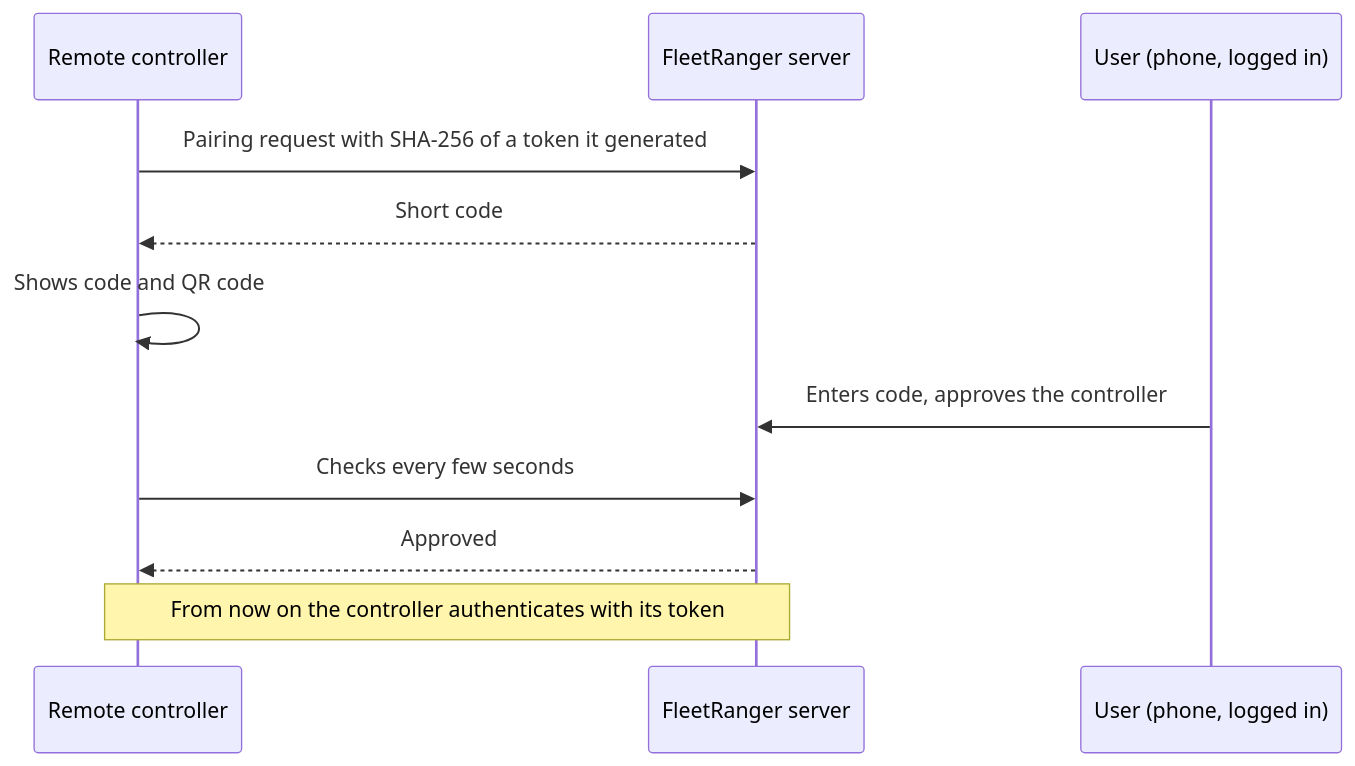
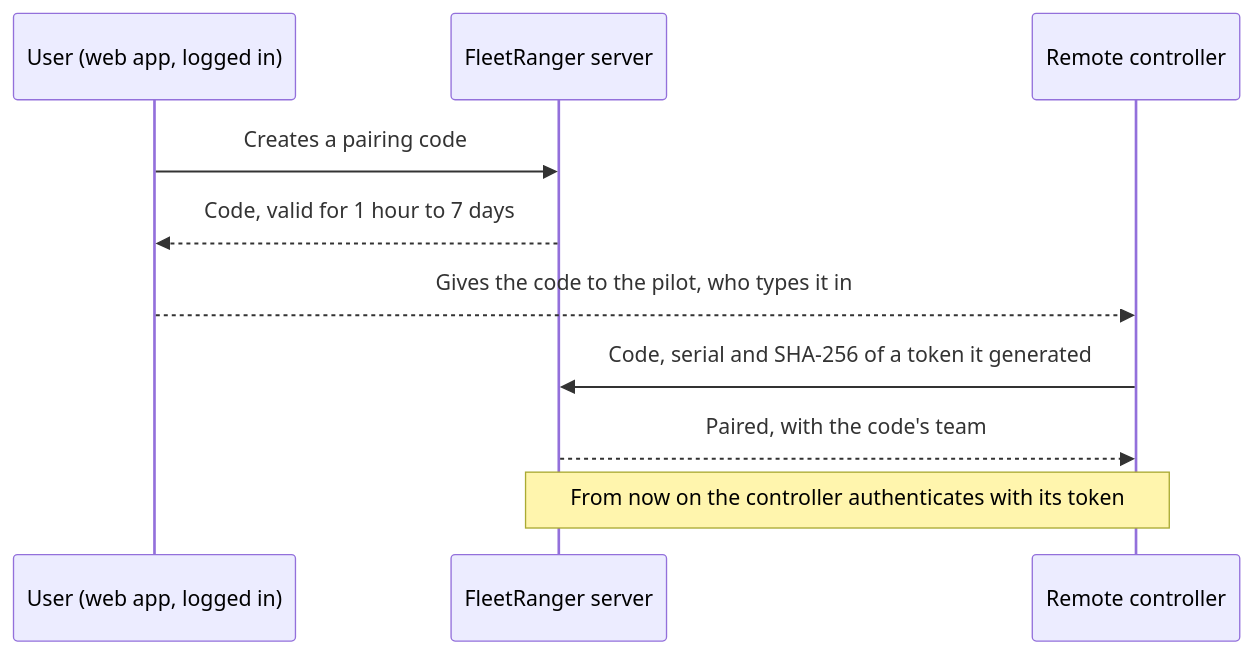
One commit to bartslinger/FleetRanger changed the second of 3 diagrams in docs/security.md. Above: the diagram before and after it, drawn with Mermaid. The commit also changed other lines of this file and 7 other files, not shown here.

First line of the commit message:
Docs: pairing with a code, in architecture, security and roadmap

````diff
--- a/docs/security.md
+++ b/docs/security.md
@@ -52,13 +52,12 @@
 ```mermaid
 sequenceDiagram
+    participant U as User (web app, logged in)
+    participant S as FleetRanger server
     participant RC as Remote controller
-    participant S as FleetRanger server
-    participant U as User (phone, logged in)
-    RC->>S: Pairing request with SHA-256 of a token it generated
-    S-->>RC: Short code
-    RC->>RC: Shows code and QR code
-    U->>S: Enters code, approves the controller
-    RC->>S: Checks every few seconds
-    S-->>RC: Approved
+    U->>S: Creates a pairing code
+    S-->>U: Code, valid for 1 hour to 7 days
+    U-->>RC: Gives the code to the pilot, who types it in
+    RC->>S: Code, serial and SHA-256 of a token it generated
+    S-->>RC: Paired, with the code's team
     Note over RC,S: From now on the controller authenticates with its token
 ```
````
